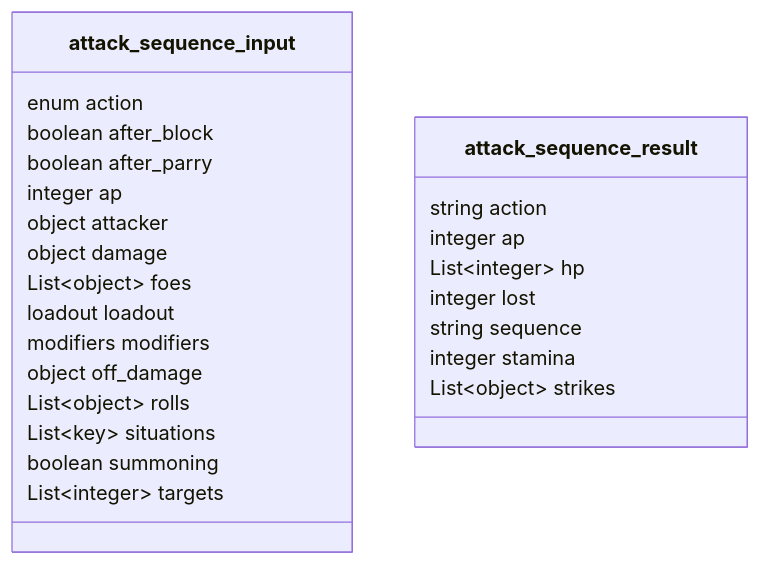
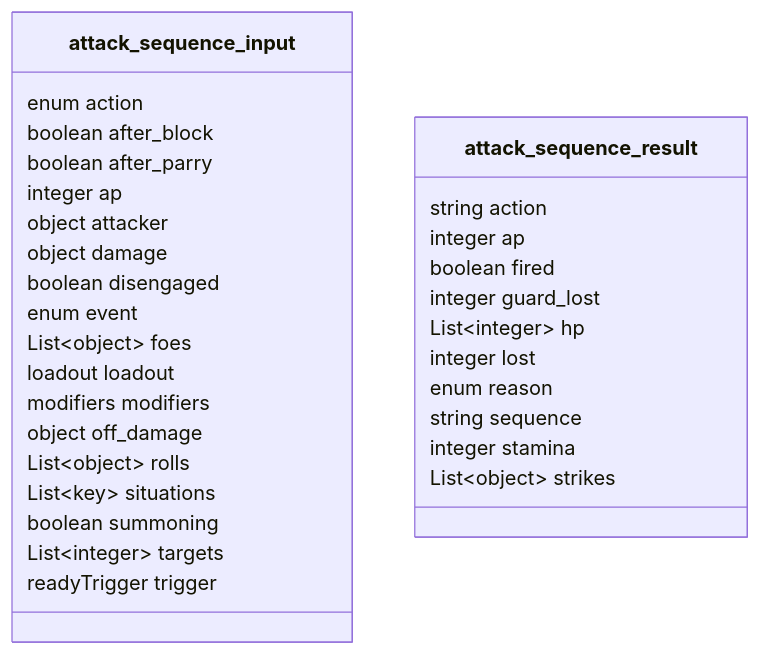
Before and after one commit to SETA1609/riftweave-core: the fourth of 29 diagrams in docs/backend/contract-diagram.md, drawn with Mermaid. The commit also changed other lines of this file and 6 other files, not shown here.

````diff
--- a/docs/backend/contract-diagram.md
+++ b/docs/backend/contract-diagram.md
@@ -186,28 +186,34 @@
 ```mermaid
 classDiagram
     class attack_sequence_input {
         enum action
         boolean after_block
         boolean after_parry
         integer ap
         object attacker
         object damage
+        boolean disengaged
+        enum event
         List~object~ foes
         loadout loadout
         modifiers modifiers
         object off_damage
         List~object~ rolls
         List~key~ situations
         boolean summoning
         List~integer~ targets
+        readyTrigger trigger
     }
     class attack_sequence_result {
         string action
         integer ap
+        boolean fired
+        integer guard_lost
         List~integer~ hp
         integer lost
+        enum reason
         string sequence
         integer stamina
         List~object~ strikes
     }
 ```
````
